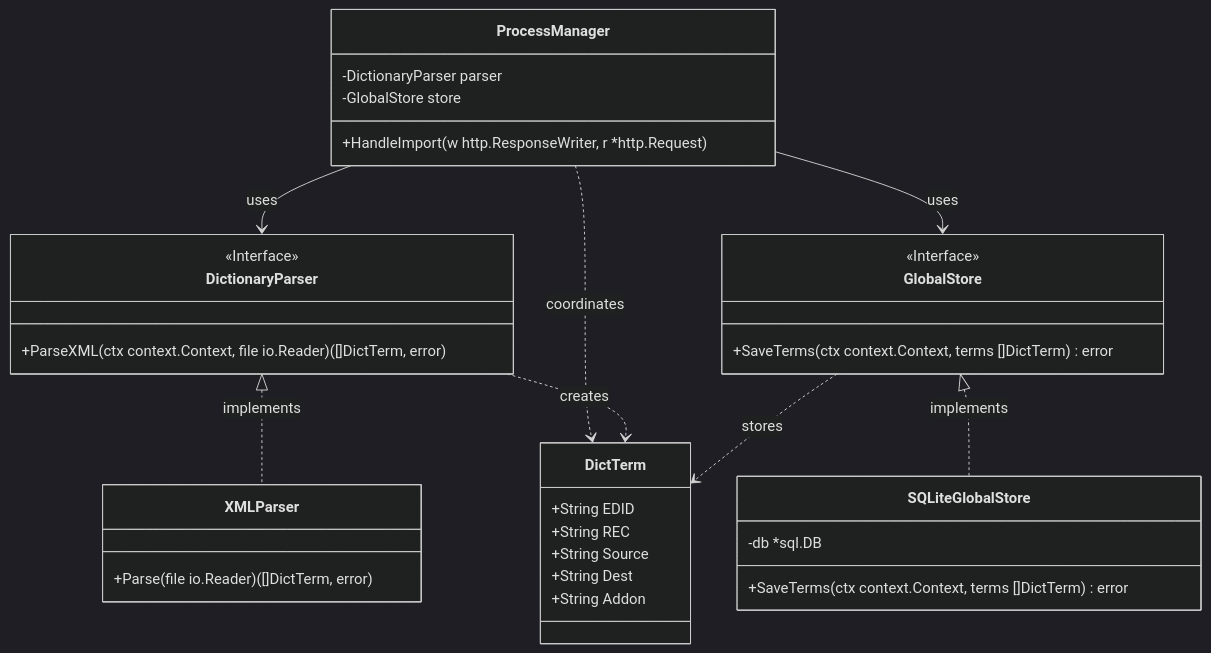
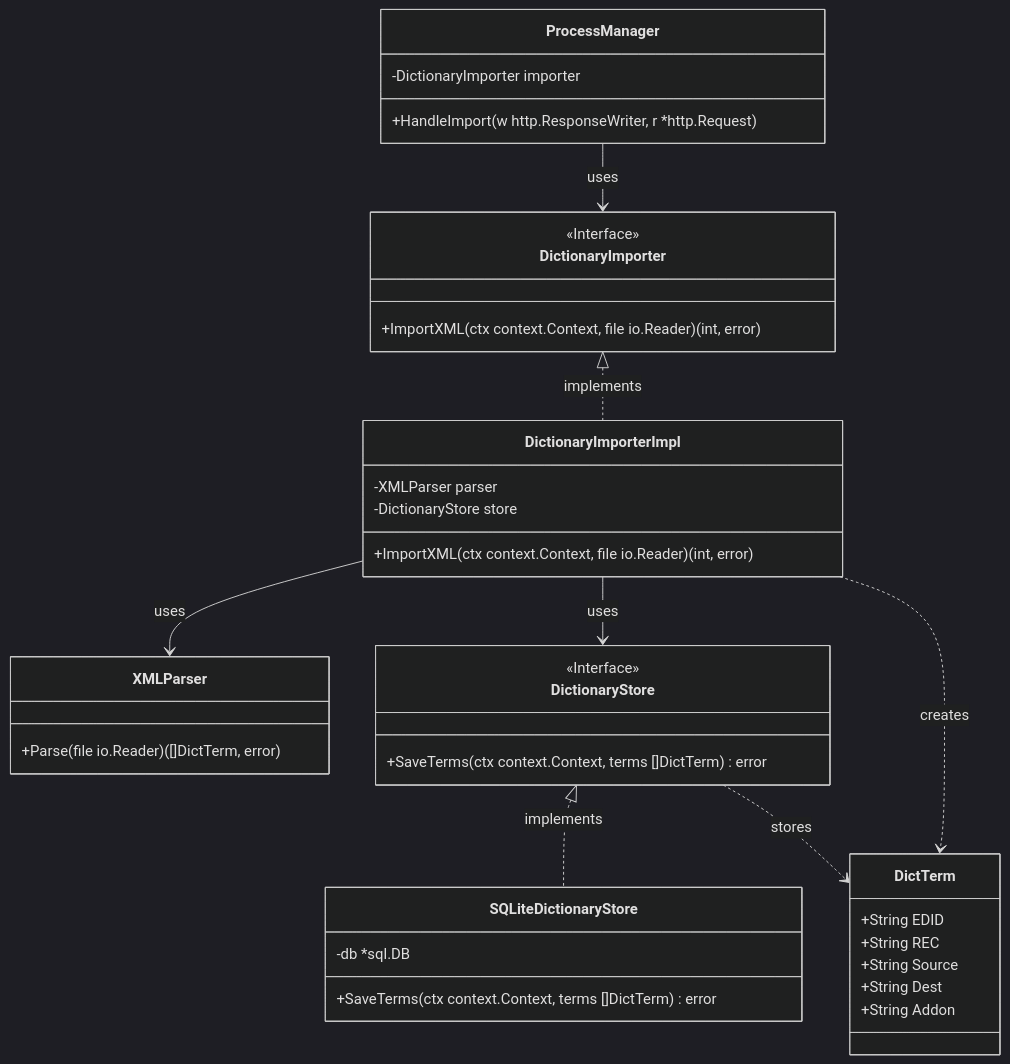
One commit to ishibata91/ai-translation-engine-2 changed the diagram in openspec/specs/dictionary_builder/dictionary_builder_class_diagram.md. Above: the diagram before and after it, drawn with Mermaid (dark theme). The commit also changed other lines of this file and 5 other files, not shown here.

````diff
--- a/openspec/specs/dictionary_builder/dictionary_builder_class_diagram.md
+++ b/openspec/specs/dictionary_builder/dictionary_builder_class_diagram.md
@@ -3,43 +3,48 @@
 ```mermaid
 classDiagram
     class DictTerm {
         +String EDID
         +String REC
         +String Source
         +String Dest
         +String Addon
     }
 
-    class DictionaryParser {
+    class DictionaryImporter {
         <<Interface>>
-        +ParseXML(ctx context.Context, file io.Reader) ([]DictTerm, error)
+        +ImportXML(ctx context.Context, file io.Reader) (int, error)
     }
 
-    class GlobalStore {
+    class DictionaryStore {
         <<Interface>>
         +SaveTerms(ctx context.Context, terms []DictTerm) error
     }
 
     class ProcessManager {
-        -DictionaryParser parser
-        -GlobalStore store
+        -DictionaryImporter importer
         +HandleImport(w http.ResponseWriter, r *http.Request)
     }
 
     class XMLParser {
         +Parse(file io.Reader) ([]DictTerm, error)
     }
 
-    class SQLiteGlobalStore {
+    class SQLiteDictionaryStore {
         -db *sql.DB
         +SaveTerms(ctx context.Context, terms []DictTerm) error
     }
 
-    ProcessManager --> DictionaryParser : uses
-    ProcessManager --> GlobalStore : uses
-    DictionaryParser <|.. XMLParser : implements
-    GlobalStore <|.. SQLiteGlobalStore : implements
-    ProcessManager ..> DictTerm : coordinates
-    DictionaryParser ..> DictTerm : creates
-    GlobalStore ..> DictTerm : stores
+    class DictionaryImporterImpl {
+        -XMLParser parser
+        -DictionaryStore store
+        +ImportXML(ctx context.Context, file io.Reader) (int, error)
+    }
+
+    ProcessManager --> DictionaryImporter : uses
+    DictionaryImporter <|.. DictionaryImporterImpl : implements
+    DictionaryImporterImpl --> XMLParser : uses
+    DictionaryImporterImpl --> DictionaryStore : uses
+    DictionaryStore <|.. SQLiteDictionaryStore : implements
+    DictionaryImporterImpl ..> DictTerm : creates
+    DictionaryStore ..> DictTerm : stores
 ```
````
